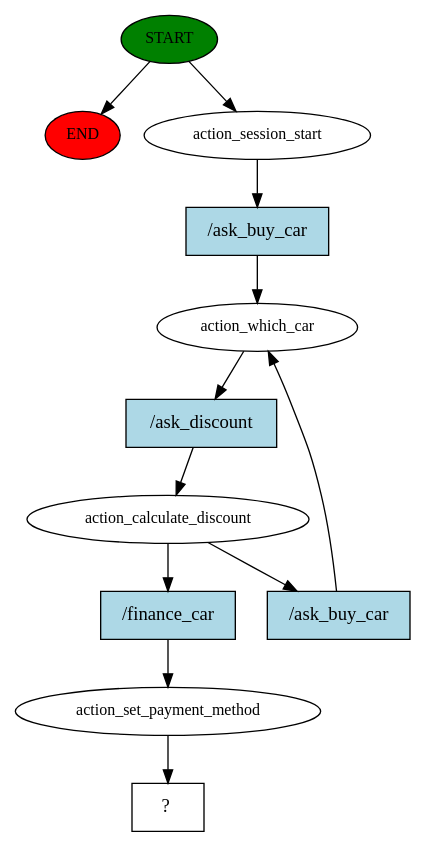
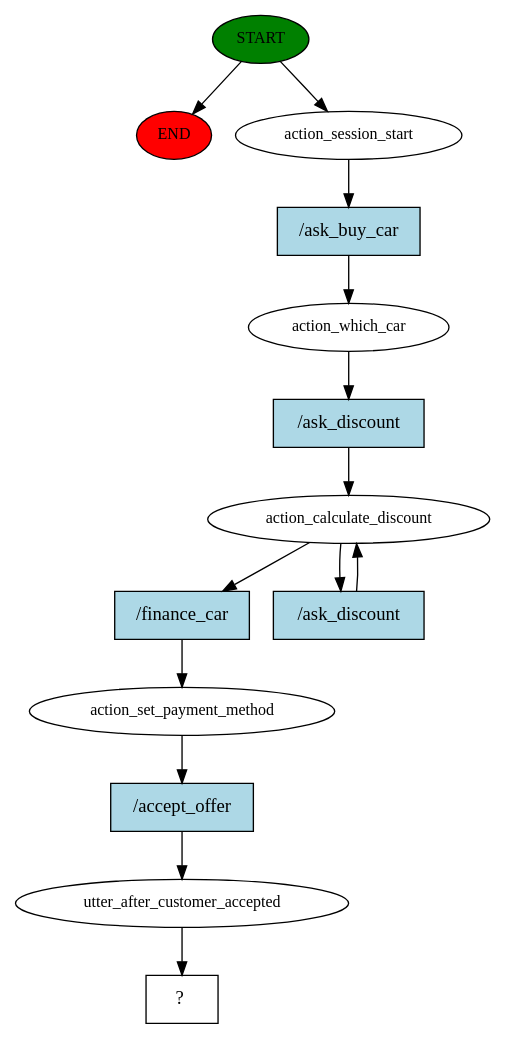
Before and after one commit to luis-f-lins/negotiation-chatbot: the diagram in story_graph.dot, drawn with Graphviz. The commit also changed 7 other files, not shown here.

```diff
--- a/story_graph.dot
+++ b/story_graph.dot
@@ -1,24 +1,28 @@
 digraph  {
 0 [class="start active", fillcolor=green, fontsize=12, label=START, style=filled];
 "-1" [class=end, fillcolor=red, fontsize=12, label=END, style=filled];
 1 [class=active, fontsize=12, label=action_session_start];
 2 [class=active, fontsize=12, label=action_which_car];
 3 [class=active, fontsize=12, label=action_calculate_discount];
-6 [class=active, fontsize=12, label=action_set_payment_method];
+5 [class=active, fontsize=12, label=action_set_payment_method];
+6 [class=active, fontsize=12, label=utter_after_customer_accepted];
 7 [class="intent dashed active", label="  ?  ", shape=rect];
 8 [class="intent active", fillcolor=lightblue, label="/ask_buy_car", shape=rect, style=filled];
 9 [class="intent active", fillcolor=lightblue, label="/ask_discount", shape=rect, style=filled];
-10 [class="intent active", fillcolor=lightblue, label="/ask_buy_car", shape=rect, style=filled];
-11 [class="intent active", fillcolor=lightblue, label="/finance_car", shape=rect, style=filled];
+10 [class="intent active", fillcolor=lightblue, label="/finance_car", shape=rect, style=filled];
+11 [class="intent active", fillcolor=lightblue, label="/ask_discount", shape=rect, style=filled];
+12 [class="intent active", fillcolor=lightblue, label="/accept_offer", shape=rect, style=filled];
 0 -> "-1"  [class="", key=NONE, label=""];
 0 -> 1  [class=active, key=NONE, label=""];
 1 -> 8  [class=active, key=0];
 2 -> 9  [class=active, key=0];
 3 -> 10  [class=active, key=0];
 3 -> 11  [class=active, key=0];
+5 -> 12  [class=active, key=0];
 6 -> 7  [class=active, key=NONE, label=""];
 8 -> 2  [class=active, key=0];
 9 -> 3  [class=active, key=0];
-10 -> 2  [class=active, key=0];
-11 -> 6  [class=active, key=0];
+10 -> 5  [class=active, key=0];
+11 -> 3  [class=active, key=0];
+12 -> 6  [class=active, key=0];
 }
```
